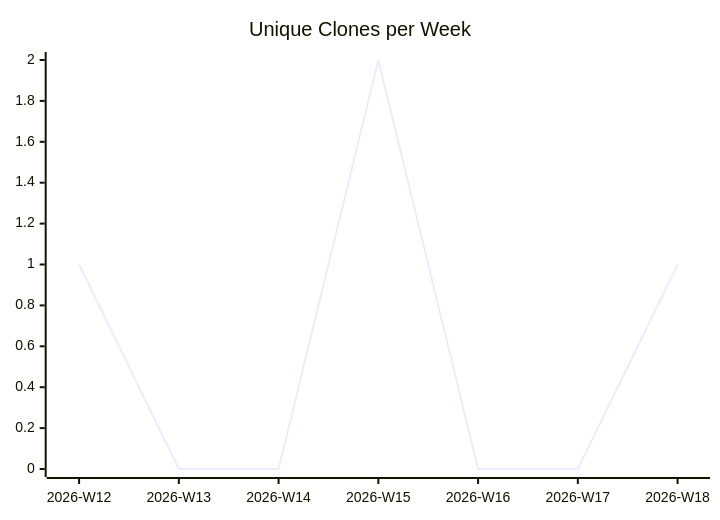
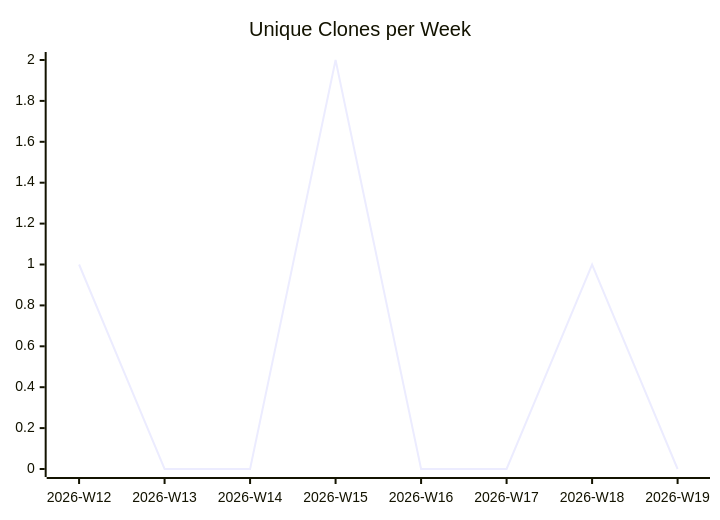
The third of 3 diagrams in karlmdavis/liquibase/README.md (justdavis-family/github-analytics-data), drawn with Mermaid before and after one commit. The commit also changed other lines of this file and 187 other files, not shown here.

````diff
--- a/karlmdavis/liquibase/README.md
+++ b/karlmdavis/liquibase/README.md
@@ -19,6 +19,6 @@
 ```mermaid
 xychart-beta
   title "Unique Clones per Week"
-  x-axis ["2026-W12", "2026-W13", "2026-W14", "2026-W15", "2026-W16", "2026-W17", "2026-W18"]
-  line [1, 0, 0, 2, 0, 0, 1]
+  x-axis ["2026-W12", "2026-W13", "2026-W14", "2026-W15", "2026-W16", "2026-W17", "2026-W18", "2026-W19"]
+  line [1, 0, 0, 2, 0, 0, 1, 0]
 ```
````
